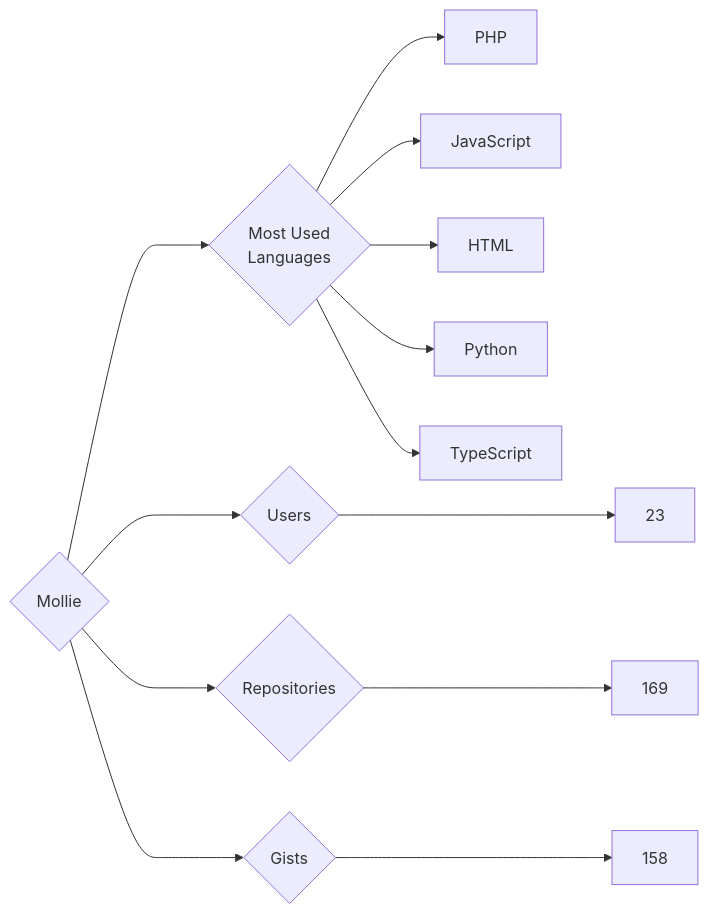
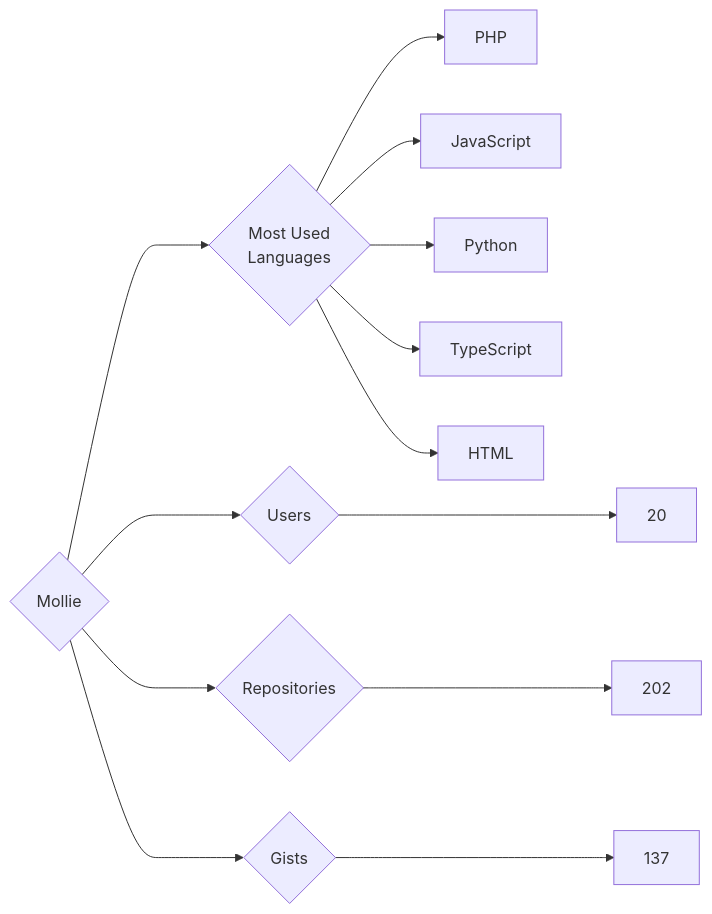
The diagram in targets/Mollie/README.md (trickest/insiders), drawn with Mermaid before and after one commit. The commit also changed 928 other files, not shown here.

````diff
--- a/targets/Mollie/README.md
+++ b/targets/Mollie/README.md
@@ -3,13 +3,13 @@
 ```mermaid
 graph LR
 COMPANY_NAME{Mollie}
-COMPANY_NAME ---> U{Users} ---> UN[23]
-COMPANY_NAME ---> R{Repositories} ---> RN[169]
-COMPANY_NAME ---> G{Gists} ---> GN[158]
+COMPANY_NAME ---> U{Users} ---> UN[20]
+COMPANY_NAME ---> R{Repositories} ---> RN[202]
+COMPANY_NAME ---> G{Gists} ---> GN[137]
 COMPANY_NAME ---> ML{Most Used<br>Languages}
 ML --> PHP[PHP]
 ML --> JavaScript[JavaScript]
-ML --> HTML[HTML]
 ML --> Python[Python]
 ML --> TypeScript[TypeScript]
+ML --> HTML[HTML]
 ```
````
